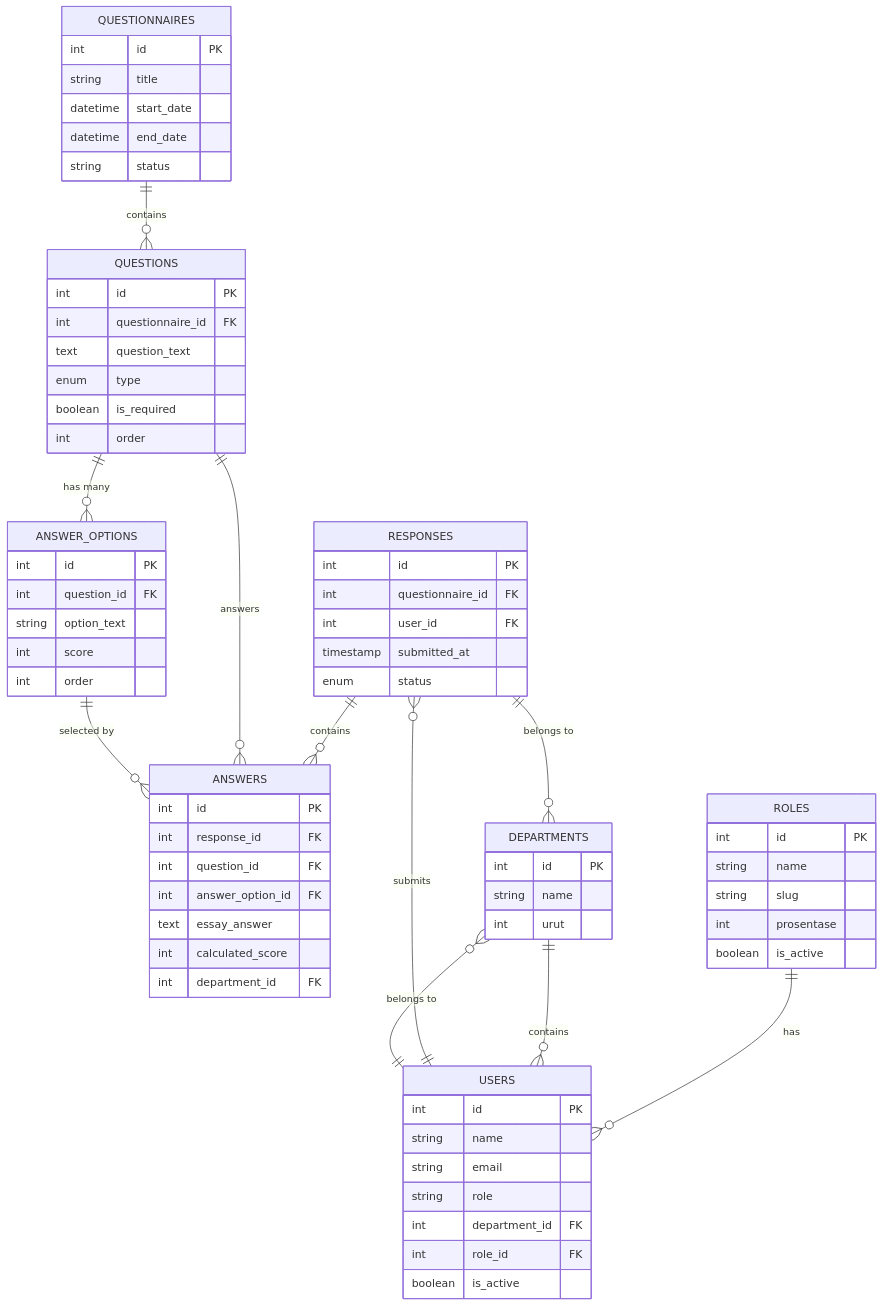
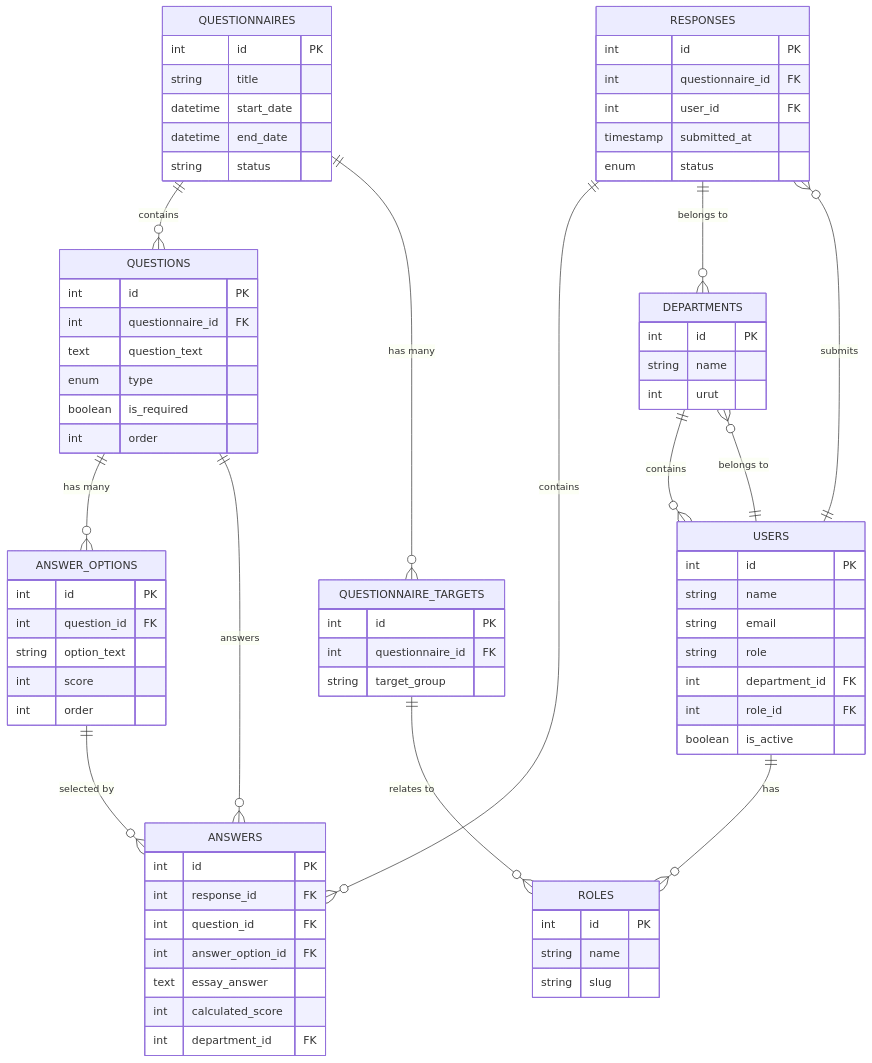
Before and after one commit to rudicatsmile/assesment360: the sixth of 8 diagrams in .qoder/repowiki/en/content/Core Features/Evaluation Workflows/Scoring Algorithm.md, drawn with Mermaid. The commit also changed other lines of this file and 4 other files, not shown here.

First line of the commit message:
feat(analytics): implement dynamic target group management in scoring algorithm

````diff
--- a/.qoder/repowiki/en/content/Core Features/Evaluation Workflows/Scoring Algorithm.md
+++ b/.qoder/repowiki/en/content/Core Features/Evaluation Workflows/Scoring Algorithm.md
@@ -395,72 +440,77 @@
 ```mermaid
 erDiagram
 QUESTIONNAIRES ||--o{ QUESTIONS : "contains"
+QUESTIONNAIRES ||--o{ QUESTIONNAIRE_TARGETS : "has many"
+QUESTIONNAIRE_TARGETS ||--o{ ROLES : "relates to"
 QUESTIONS ||--o{ ANSWER_OPTIONS : "has many"
 RESPONSES ||--o{ ANSWERS : "contains"
 RESPONSES ||--o{ DEPARTMENTS : "belongs to"
 QUESTIONS ||--o{ ANSWERS : "answers"
 ANSWER_OPTIONS ||--o{ ANSWERS : "selected by"
 USERS ||--o{ RESPONSES : "submits"
 USERS ||--o{ DEPARTMENTS : "belongs to"
-ROLES ||--o{ USERS : "has"
+USERS ||--o{ ROLES : "has"
 DEPARTMENTS ||--o{ USERS : "contains"
 QUESTIONNAIRES {
 int id PK
 string title
 datetime start_date
 datetime end_date
 string status
+}
+QUESTIONNAIRE_TARGETS {
+int id PK
+int questionnaire_id FK
+string target_group
+}
+ROLES {
+int id PK
+string name
+string slug
 }
 QUESTIONS {
 int id PK
 int questionnaire_id FK
 text question_text
 enum type
 boolean is_required
 int order
 }
 ANSWER_OPTIONS {
 int id PK
 int question_id FK
 string option_text
 int score
 int order
 }
 RESPONSES {
 int id PK
 int questionnaire_id FK
 int user_id FK
 timestamp submitted_at
 enum status
 }
 ANSWERS {
 int id PK
 int response_id FK
 int question_id FK
 int answer_option_id FK
 text essay_answer
 int calculated_score
 int department_id FK
 }
 DEPARTMENTS {
 int id PK
 string name
 int urut
 }
 USERS {
 int id PK
 string name
 string email
 string role
 int department_id FK
 int role_id FK
 boolean is_active
 }
-ROLES {
-int id PK
-string name
-string slug
-int prosentase
-boolean is_active
-}
 ```
````
